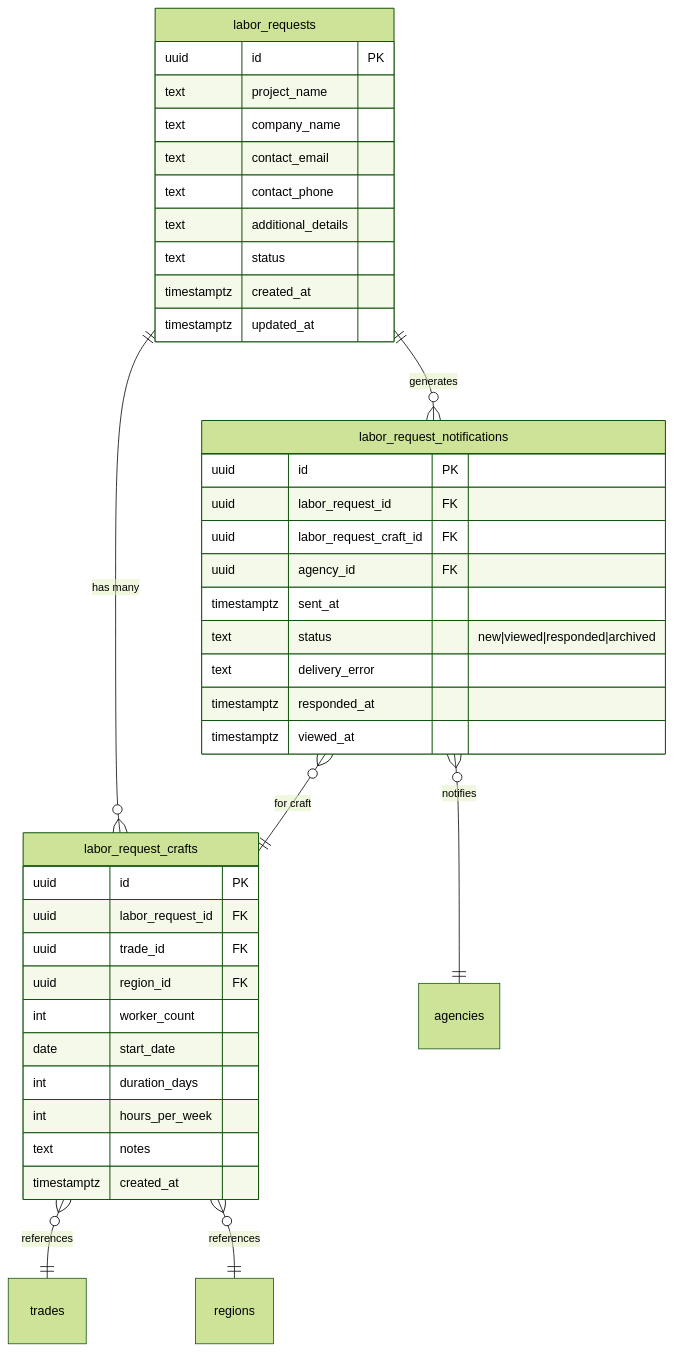
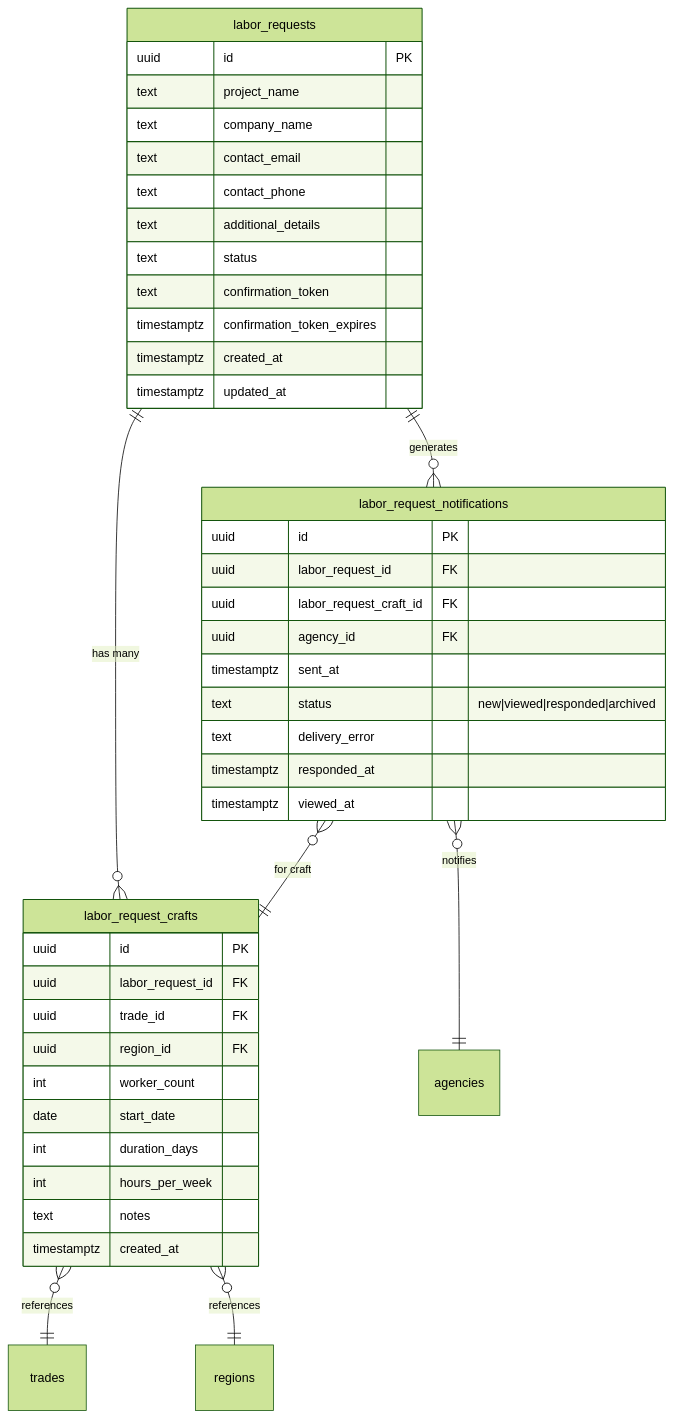
The second of 2 diagrams in plans/multi-craft-labor-request-enhancement.md (grunny5/findconstructionstaffing), drawn with Mermaid (forest theme) before and after one commit. The commit also changed other lines of this file, not shown here.

````diff
--- a/plans/multi-craft-labor-request-enhancement.md
+++ b/plans/multi-craft-labor-request-enhancement.md
@@ -57,46 +57,48 @@
 ```mermaid
 erDiagram
     labor_requests ||--o{ labor_request_crafts : "has many"
     labor_requests ||--o{ labor_request_notifications : "generates"
     labor_request_crafts }o--|| trades : "references"
     labor_request_crafts }o--|| regions : "references"
     labor_request_notifications }o--|| agencies : "notifies"
     labor_request_notifications }o--|| labor_request_crafts : "for craft"
 
     labor_requests {
         uuid id PK
         text project_name
         text company_name
         text contact_email
         text contact_phone
         text additional_details
         text status
+        text confirmation_token
+        timestamptz confirmation_token_expires
         timestamptz created_at
         timestamptz updated_at
     }
 
     labor_request_crafts {
         uuid id PK
         uuid labor_request_id FK
         uuid trade_id FK
         uuid region_id FK
         int worker_count
         date start_date
         int duration_days
         int hours_per_week
         text notes
         timestamptz created_at
     }
 
     labor_request_notifications {
         uuid id PK
         uuid labor_request_id FK
         uuid labor_request_craft_id FK
         uuid agency_id FK
         timestamptz sent_at
         text status "new|viewed|responded|archived"
         text delivery_error
         timestamptz responded_at
         timestamptz viewed_at
     }
 ```
````
